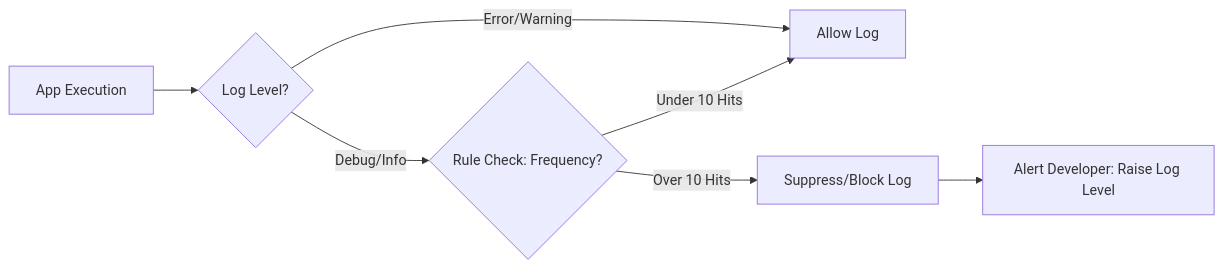
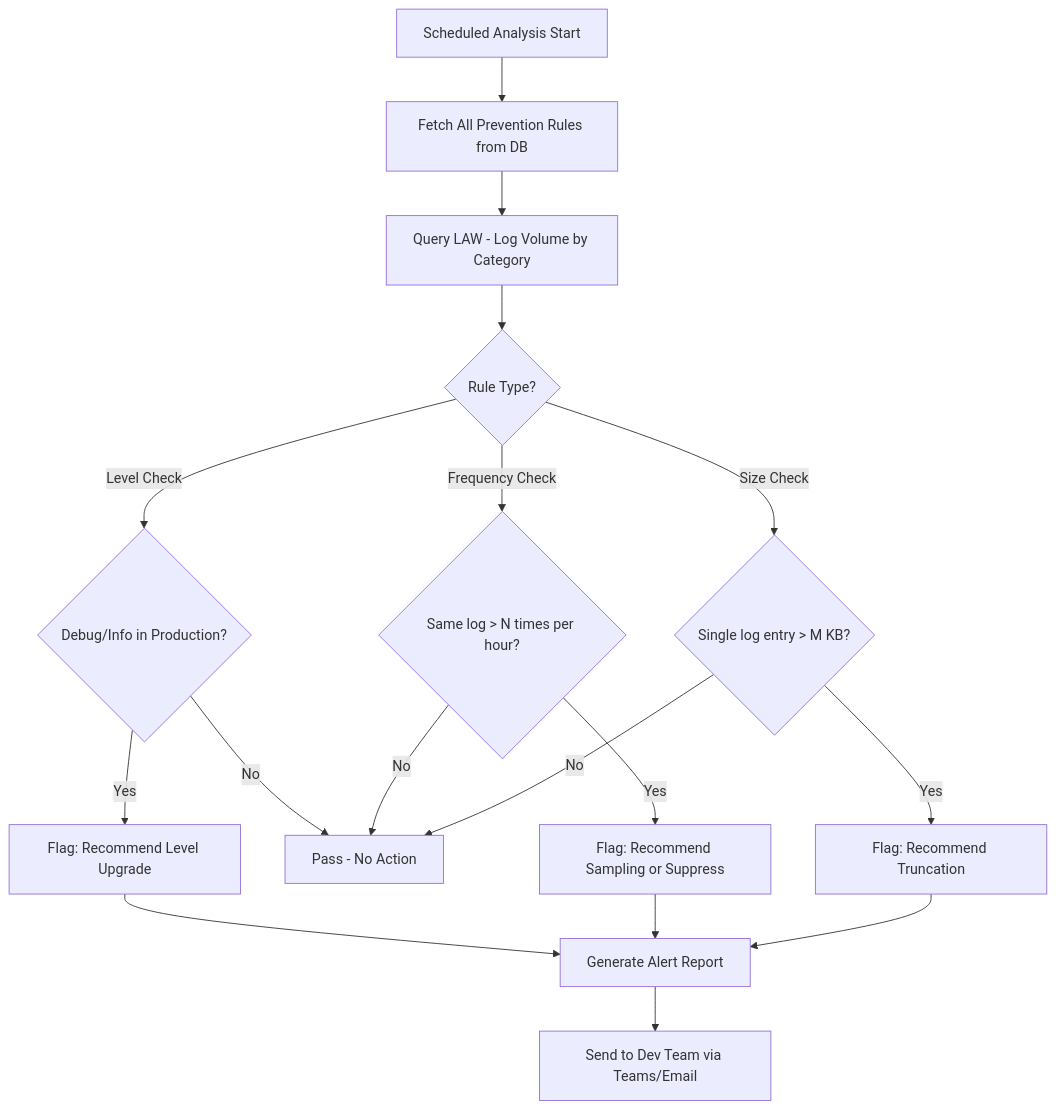
Before and after one commit to chjcmy/study: the seventh of 21 diagrams in azure/projects/log-doctor-plan.md, drawn with Mermaid. The commit also changed other lines of this file and 1 other file, not shown here.

````diff
--- a/azure/projects/log-doctor-plan.md
+++ b/azure/projects/log-doctor-plan.md
@@ -220,9 +262,25 @@
 ```mermaid
-graph LR
-    A["App Execution"] --> B{"Log Level?"}
-    B -- "Debug/Info" --> C{"Rule Check: Frequency?"}
-    B -- "Error/Warning" --> D["Allow Log"]
-    C -- "Over 10 Hits" --> E["Suppress/Block Log"]
-    C -- "Under 10 Hits" --> D
-    E --> F["Alert Developer: Raise Log Level"]
+graph TD
+    A["Scheduled Analysis Start"] --> B["Fetch All Prevention Rules from DB"]
+    B --> C["Query LAW - Log Volume by Category"]
+
+    C --> D{"Rule Type?"}
+
+    D -- "Level Check" --> E{"Debug/Info in Production?"}
+    D -- "Frequency Check" --> F{"Same log > N times per hour?"}
+    D -- "Size Check" --> G{"Single log entry > M KB?"}
+
+    E -- "Yes" --> H["Flag: Recommend Level Upgrade"]
+    E -- "No" --> I["Pass - No Action"]
+
+    F -- "Yes" --> J["Flag: Recommend Sampling or Suppress"]
+    F -- "No" --> I
+
+    G -- "Yes" --> K["Flag: Recommend Truncation"]
+    G -- "No" --> I
+
+    H --> L["Generate Alert Report"]
+    J --> L
+    K --> L
+    L --> M["Send to Dev Team via Teams/Email"]
 ```
````
